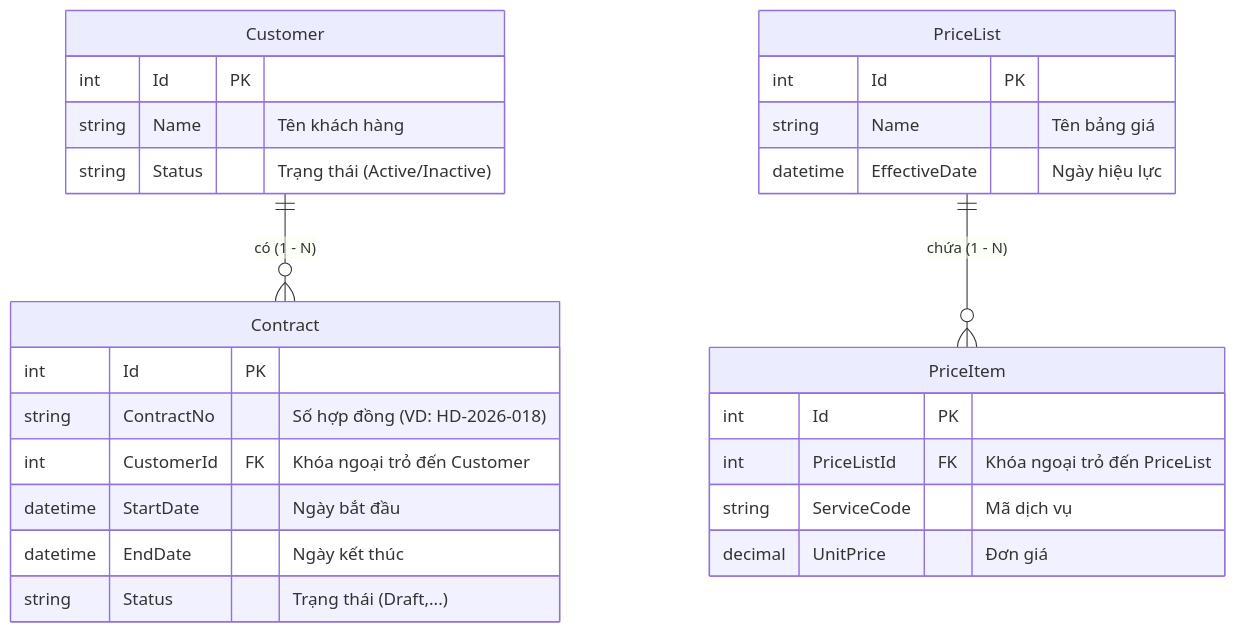
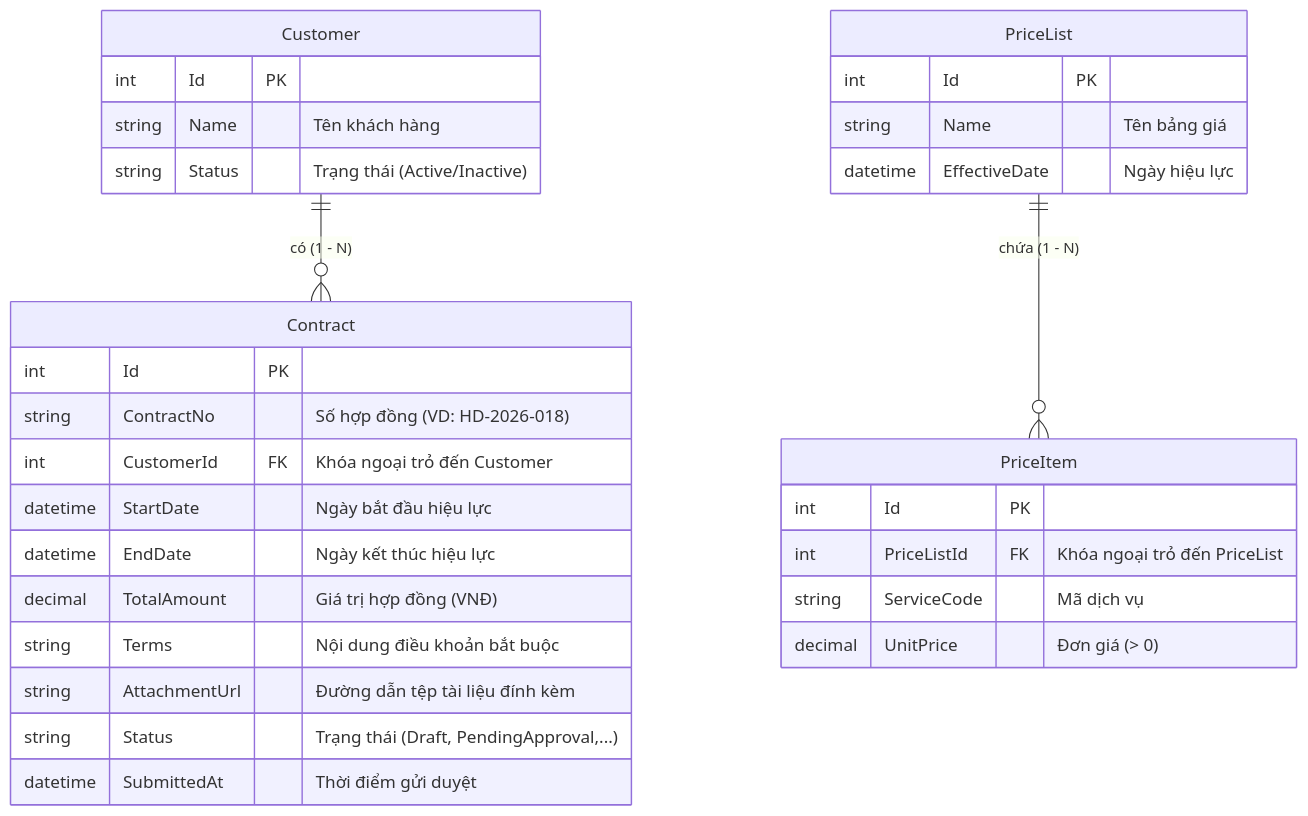
The diagram in README.md (Duong-Dung/QTKD_23120241), drawn with Mermaid before and after one commit. The commit also changed other lines of this file and 23 other files, not shown here.

````diff
--- a/README.md
+++ b/README.md
@@ -93,33 +110,37 @@
 ```mermaid
 erDiagram
     Customer ||--o{ Contract : "có (1 - N)"
     PriceList ||--o{ PriceItem : "chứa (1 - N)"
 
     Customer {
         int Id PK
         string Name "Tên khách hàng"
         string Status "Trạng thái (Active/Inactive)"
     }
 
     Contract {
         int Id PK
         string ContractNo "Số hợp đồng (VD: HD-2026-018)"
         int CustomerId FK "Khóa ngoại trỏ đến Customer"
-        datetime StartDate "Ngày bắt đầu"
-        datetime EndDate "Ngày kết thúc"
-        string Status "Trạng thái (Draft,...)"
+        datetime StartDate "Ngày bắt đầu hiệu lực"
+        datetime EndDate "Ngày kết thúc hiệu lực"
+        decimal TotalAmount "Giá trị hợp đồng (VNĐ)"
+        string Terms "Nội dung điều khoản bắt buộc"
+        string AttachmentUrl "Đường dẫn tệp tài liệu đính kèm"
+        string Status "Trạng thái (Draft, PendingApproval,...)"
+        datetime SubmittedAt "Thời điểm gửi duyệt"
     }
 
     PriceList {
         int Id PK
         string Name "Tên bảng giá"
         datetime EffectiveDate "Ngày hiệu lực"
     }
 
     PriceItem {
         int Id PK
         int PriceListId FK "Khóa ngoại trỏ đến PriceList"
         string ServiceCode "Mã dịch vụ"
-        decimal UnitPrice "Đơn giá"
+        decimal UnitPrice "Đơn giá (> 0)"
     }
 ```
````
